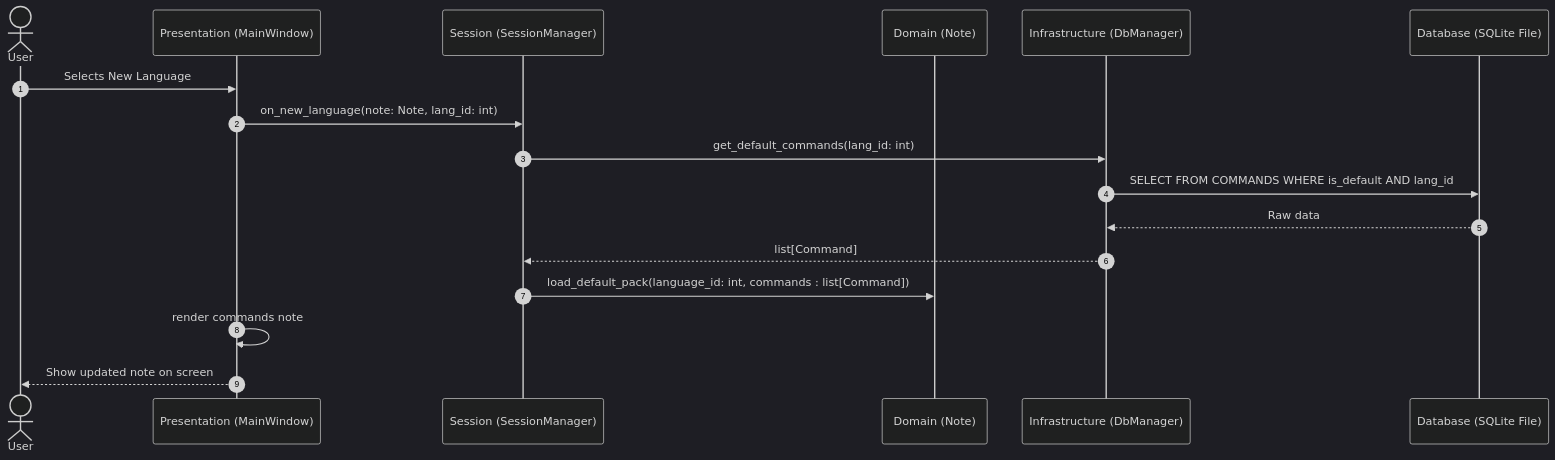
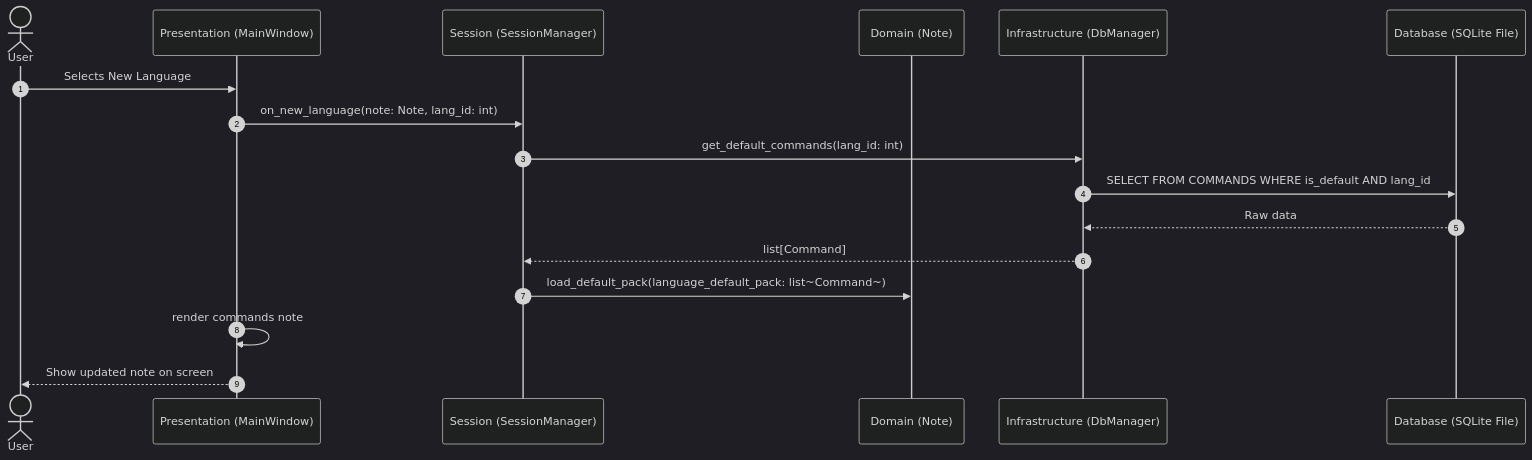
Before and after one commit to gboudon-dev/cheat-sheet: the fifth of 5 diagrams in README.md, drawn with Mermaid (dark theme). The commit also changed other lines of this file and 5 other files, not shown here.

````diff
--- a/README.md
+++ b/README.md
@@ -282,20 +283,20 @@
 ```mermaid
 sequenceDiagram
     autonumber
     actor User
     participant Win as Presentation (MainWindow)
     participant SM as Session (SessionManager)
     participant ModelNote as Domain (Note)
     participant Repo as Infrastructure (DbManager)
     participant DB as Database (SQLite File)
 
     User ->> Win : Selects New Language
     Win ->> SM : on_new_language(note: Note, lang_id: int)
     SM ->> Repo : get_default_commands(lang_id: int)
     Repo ->> DB : SELECT FROM COMMANDS WHERE is_default AND lang_id
     DB -->> Repo : Raw data
     Repo -->> SM : list[Command]
-    SM ->> ModelNote : load_default_pack(language_id: int, commands : list[Command])
+    SM ->> ModelNote : load_default_pack(language_default_pack: list~Command~)
     Win ->> Win : render commands note
     Win -->> User : Show updated note on screen
 ```
````
